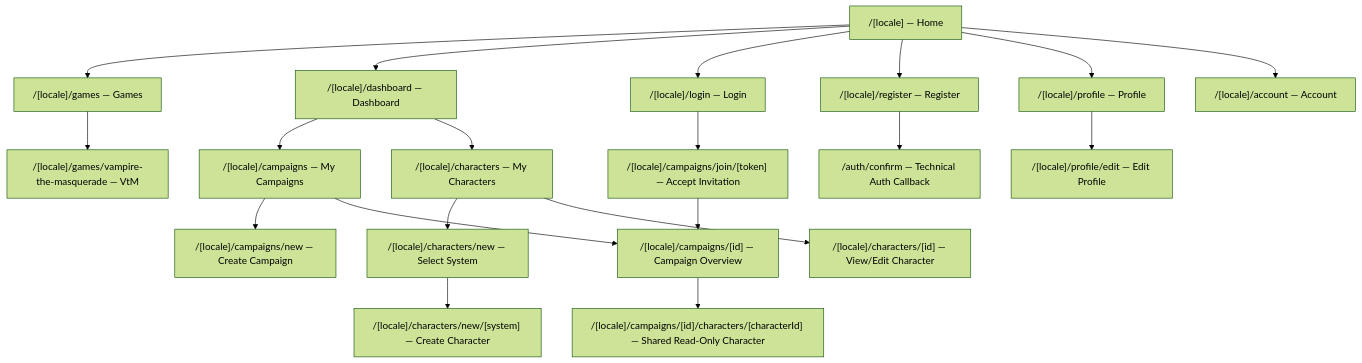
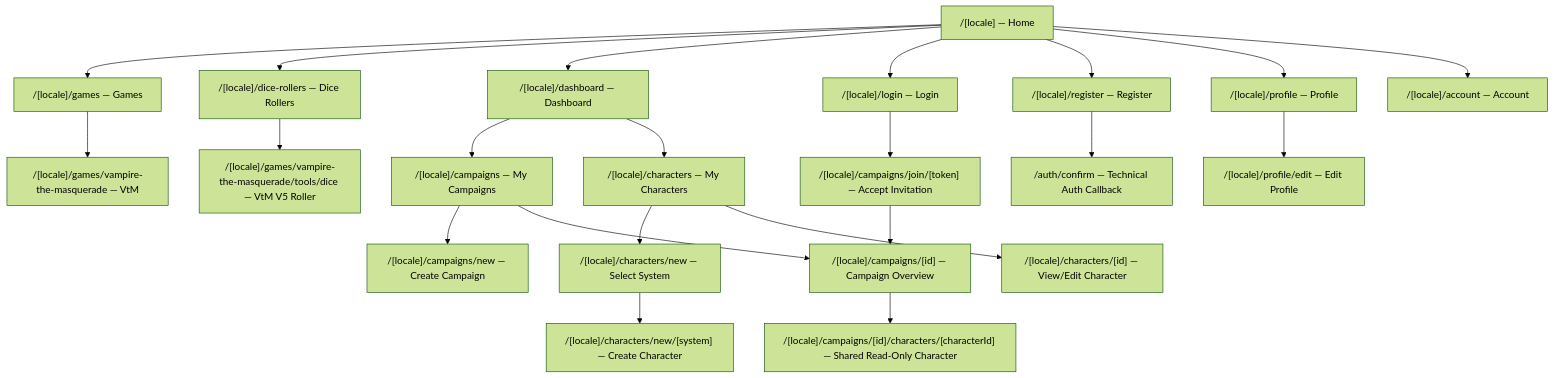
The first of 6 diagrams in docs/product/SITE_MAP.md (Andrey-0101/ttrpg-website), drawn with Mermaid (forest theme) before and after one commit. The commit also changed other lines of this file and 28 other files, not shown here.

Commit message:
feat: add dice rollers hub and VtM symbols

````diff
--- a/docs/product/SITE_MAP.md
+++ b/docs/product/SITE_MAP.md
@@ -15,32 +15,34 @@
 ```mermaid
 flowchart TD
     ROOT["/[locale] — Home"]
 
     ROOT --> GAMES["/[locale]/games — Games"]
     GAMES --> VTM["/[locale]/games/vampire-the-masquerade — VtM"]
+    ROOT --> DICE_ROLLERS["/[locale]/dice-rollers — Dice Rollers"]
+    DICE_ROLLERS --> PERSONAL_DICE["/[locale]/games/vampire-the-masquerade/tools/dice — VtM V5 Roller"]
 
     ROOT --> DASHBOARD["/[locale]/dashboard — Dashboard"]
     DASHBOARD --> CAMPAIGNS["/[locale]/campaigns — My Campaigns"]
     DASHBOARD --> CHARACTERS["/[locale]/characters — My Characters"]
 
     ROOT --> LOGIN["/[locale]/login — Login"]
     ROOT --> REGISTER["/[locale]/register — Register"]
     ROOT --> PROFILE["/[locale]/profile — Profile"]
     PROFILE --> PROFILE_EDIT["/[locale]/profile/edit — Edit Profile"]
     ROOT --> ACCOUNT["/[locale]/account — Account"]
 
     CHARACTERS --> CHARACTER_NEW["/[locale]/characters/new — Select System"]
     CHARACTER_NEW --> CHARACTER_NEW_SYSTEM["/[locale]/characters/new/[system] — Create Character"]
     CHARACTERS --> CHARACTER_DETAIL["/[locale]/characters/[id] — View/Edit Character"]
 
     CAMPAIGNS --> CAMPAIGN_NEW["/[locale]/campaigns/new — Create Campaign"]
     CAMPAIGNS --> CAMPAIGN_DETAIL["/[locale]/campaigns/[id] — Campaign Overview"]
     CAMPAIGN_DETAIL --> SHARED_CHARACTER["/[locale]/campaigns/[id]/characters/[characterId] — Shared Read-Only Character"]
 
     INVITE["/[locale]/campaigns/join/[token] — Accept Invitation"]
     LOGIN --> INVITE
     INVITE --> CAMPAIGN_DETAIL
 
     CONFIRM["/auth/confirm — Technical Auth Callback"]
     REGISTER --> CONFIRM
 ```
````
